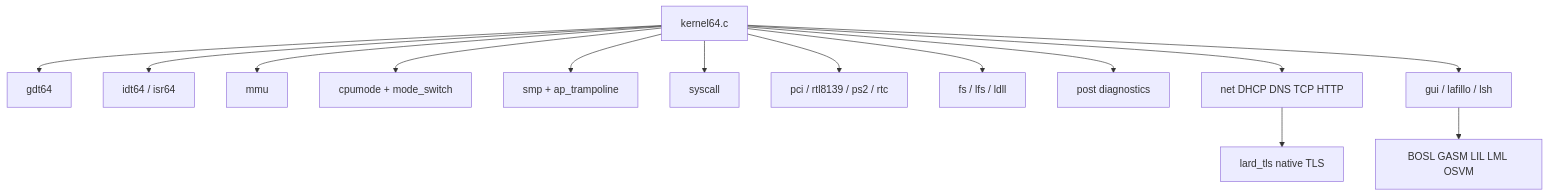
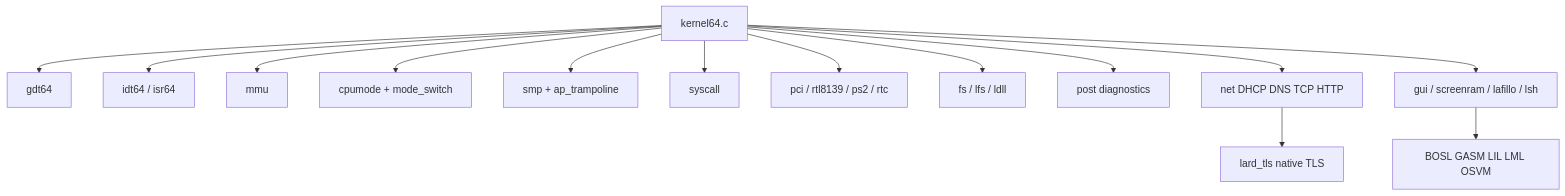
The second of 4 diagrams in os/ARCHITECTURE.md (jgchoimd-web/lardos), drawn with Mermaid before and after one commit. The commit also changed other lines of this file and 10 other files, not shown here.

````diff
--- a/os/ARCHITECTURE.md
+++ b/os/ARCHITECTURE.md
@@ -49,31 +49,31 @@
 ```mermaid
 flowchart TB
     Kmain["kernel64.c"]
     GDT["gdt64"]
     IDT["idt64 / isr64"]
     MMU["mmu"]
     CpuMode["cpumode + mode_switch"]
     SMP["smp + ap_trampoline"]
     Syscall["syscall"]
     Drivers["pci / rtl8139 / ps2 / rtc"]
     Storage["fs / lfs / ldll"]
     POST["post diagnostics"]
     Net["net DHCP DNS TCP HTTP"]
     TLS["lard_tls native TLS"]
-    GUI["gui / lafillo / lsh"]
+    GUI["gui / screenram / lafillo / lsh"]
     VM["BOSL GASM LIL LML OSVM"]
 
     Kmain --> GDT
     Kmain --> IDT
     Kmain --> MMU
     Kmain --> CpuMode
     Kmain --> SMP
     Kmain --> Syscall
     Kmain --> Drivers
     Kmain --> Storage
     Kmain --> POST
     Kmain --> Net
     Net --> TLS
     Kmain --> GUI
     GUI --> VM
 ```
````
